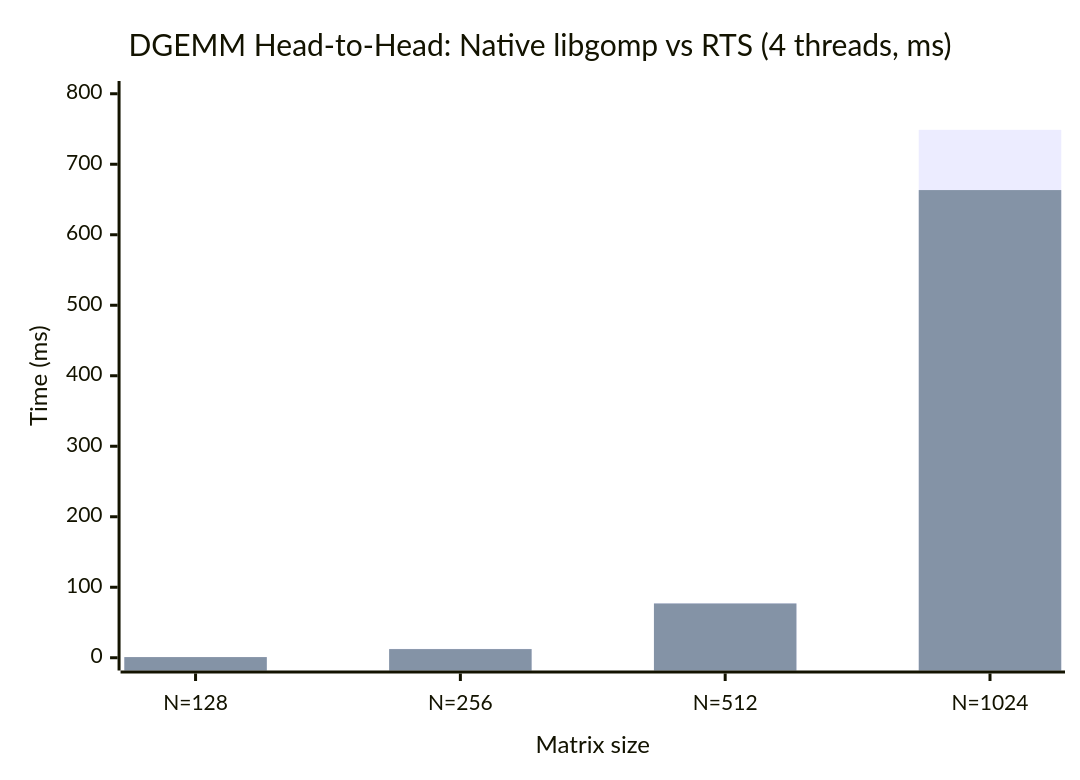
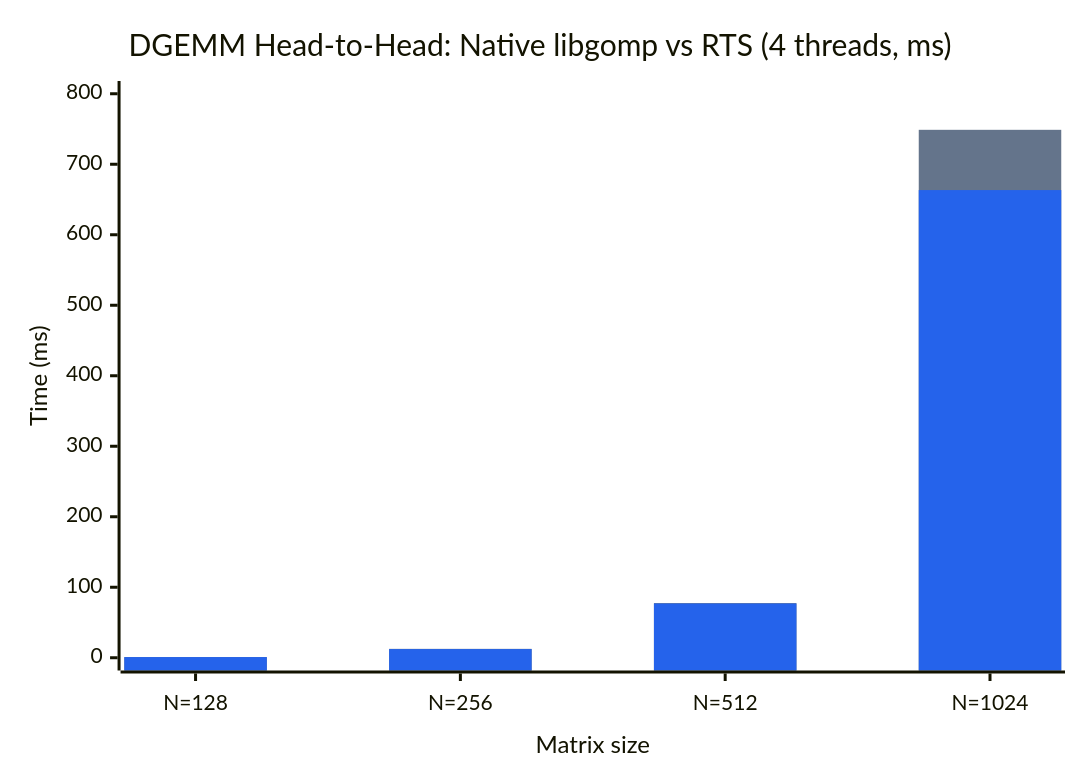
One commit to jhhuh/ghc-openmp changed the third of 6 diagrams in docs/index.md. Above: the diagram before and after it, drawn with Mermaid. The commit also changed other lines of this file and 3 other files, not shown here.

First line of the commit message:
Improve chart aesthetics and add local docs preview

```diff
--- a/docs/index.md
+++ b/docs/index.md
@@ -778,8 +779,9 @@
 <pre class="mermaid">
+%%{init: {'theme':'neutral','themeVariables':{'xyChart':{'plotColorPalette':'#64748b,#2563eb'}}}}%%
 xychart-beta
   title "DGEMM Head-to-Head: Native libgomp vs RTS (4 threads, ms)"
   x-axis "Matrix size" ["N=128", "N=256", "N=512", "N=1024"]
   y-axis "Time (ms)" 0 --> 800
   bar "Native libgomp" [0.86, 12.62, 77.51, 748.83]
   bar "RTS-backed" [0.94, 12.28, 76.96, 663.37]
 </pre>
```
